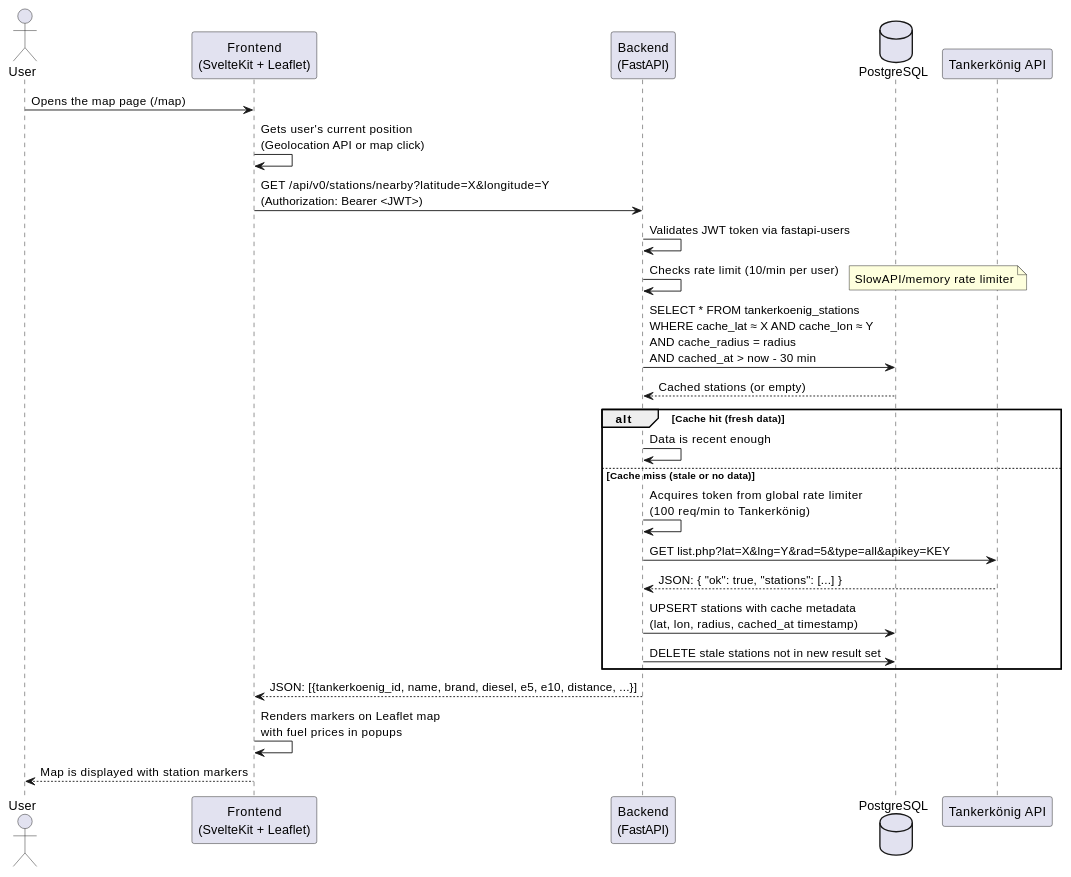
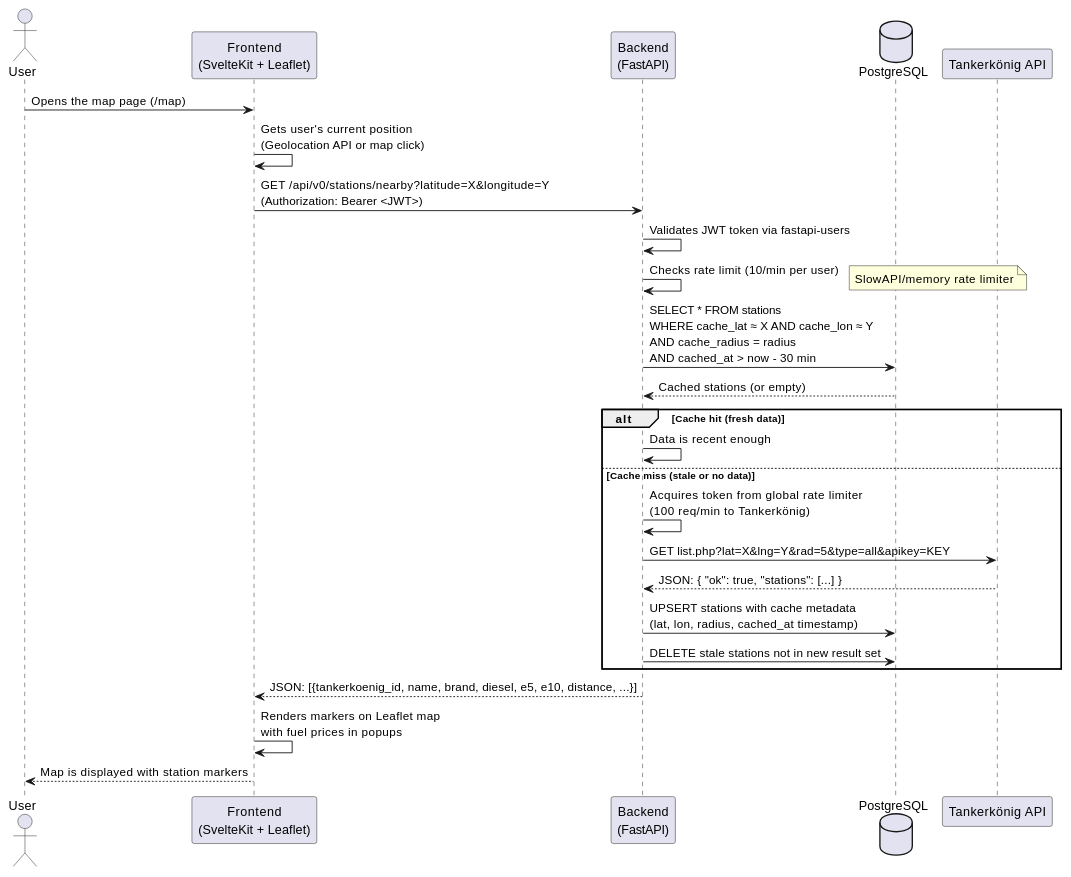
One commit to SQS-THRO/Tanker24 changed the first of 5 diagrams in docs/arc42/06_runtime_view.md. Above: the diagram before and after it, drawn with PlantUML. The commit also changed other lines of this file and 5 other files, not shown here.

````diff
--- a/docs/arc42/06_runtime_view.md
+++ b/docs/arc42/06_runtime_view.md
@@ -9,34 +9,34 @@
 ```puml
 @startuml
 actor User
 participant "Frontend\n(SvelteKit + Leaflet)" as FE
 participant "Backend\n(FastAPI)" as BE
 database "PostgreSQL" as DB
 participant "Tankerkönig API" as TK
 
 User -> FE: Opens the map page (/map)
 FE -> FE: Gets user's current position\n(Geolocation API or map click)
 FE -> BE: GET /api/v0/stations/nearby?latitude=X&longitude=Y\n(Authorization: Bearer <JWT>)
 
 BE -> BE: Validates JWT token via fastapi-users
 BE -> BE: Checks rate limit (10/min per user)
 note right: SlowAPI/memory rate limiter
 
-BE -> DB: SELECT * FROM tankerkoenig_stations\nWHERE cache_lat ≈ X AND cache_lon ≈ Y\nAND cache_radius = radius\nAND cached_at > now - 30 min
+BE -> DB: SELECT * FROM stations\nWHERE cache_lat ≈ X AND cache_lon ≈ Y\nAND cache_radius = radius\nAND cached_at > now - 30 min
 DB --> BE: Cached stations (or empty)
 
 alt Cache hit (fresh data)
     BE -> BE: Data is recent enough
 else Cache miss (stale or no data)
     BE -> BE: Acquires token from global rate limiter\n(100 req/min to Tankerkönig)
     BE -> TK: GET list.php?lat=X&lng=Y&rad=5&type=all&apikey=KEY
     TK --> BE: JSON: { "ok": true, "stations": [...] }
     BE -> DB: UPSERT stations with cache metadata\n(lat, lon, radius, cached_at timestamp)
     BE -> DB: DELETE stale stations not in new result set
 end
 
 BE --> FE: JSON: [{tankerkoenig_id, name, brand, diesel, e5, e10, distance, ...}]
 FE -> FE: Renders markers on Leaflet map\nwith fuel prices in popups
 FE --> User: Map is displayed with station markers
 @enduml
 ```
````
